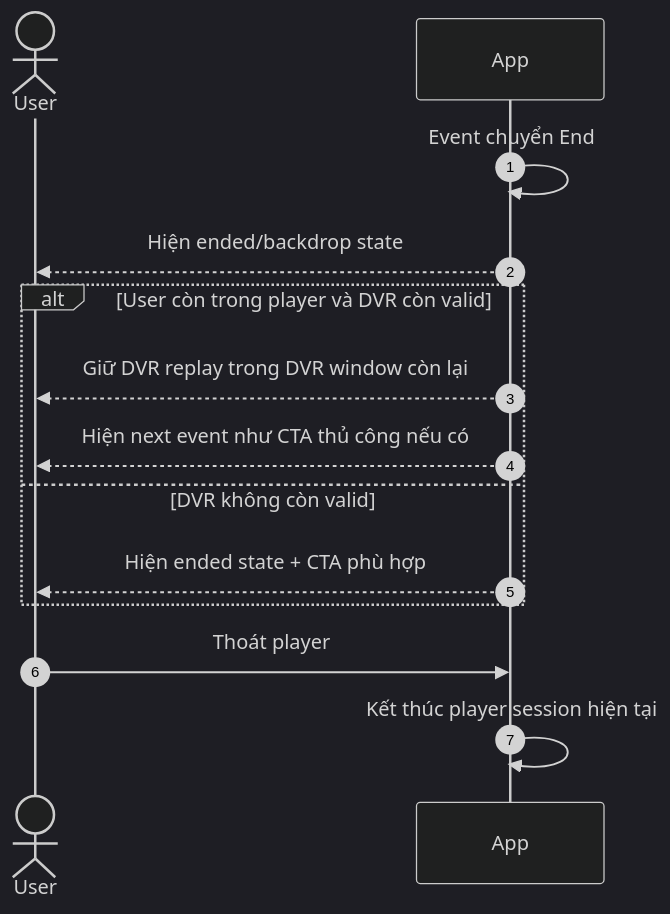
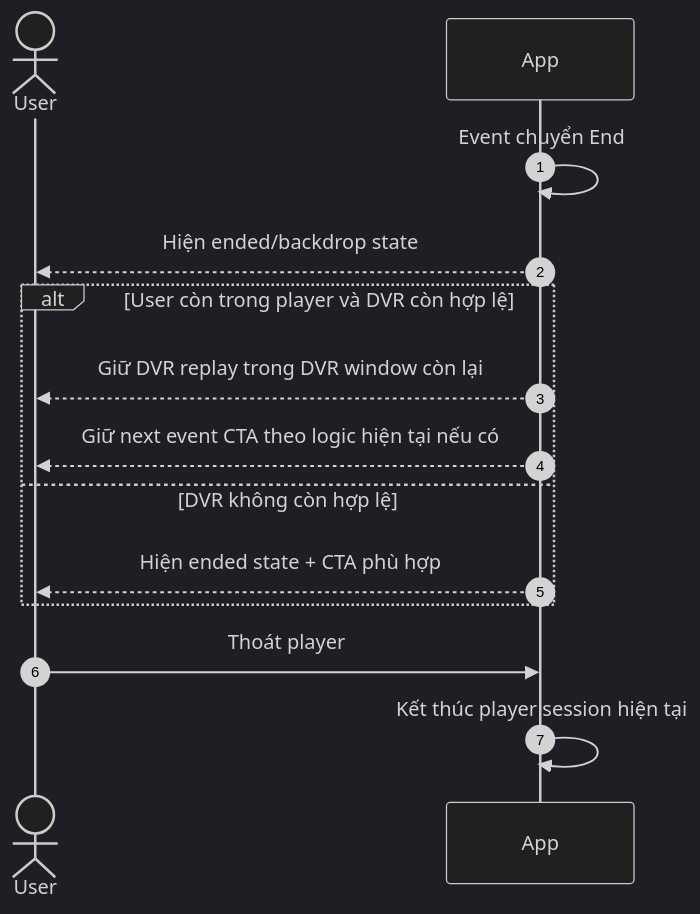
One commit to duongdang1136/FPTPLay changed the fourth of 5 diagrams in features/final-docs/Event/Timeshift-Seek/timeshift-seek-functional-requirements.md. Above: the diagram before and after it, drawn with Mermaid (dark theme). The commit also changed other lines of this file and 5 other files, not shown here.

````diff
--- a/features/final-docs/Event/Timeshift-Seek/timeshift-seek-functional-requirements.md
+++ b/features/final-docs/Event/Timeshift-Seek/timeshift-seek-functional-requirements.md
@@ -334,20 +335,20 @@
 ```mermaid
 sequenceDiagram
     autonumber
 
     actor User as User
     participant App
 
     App->>App: Event chuyển End
     App-->>User: Hiện ended/backdrop state
 
-    alt User còn trong player và DVR còn valid
+    alt User còn trong player và DVR còn hợp lệ
         App-->>User: Giữ DVR replay trong DVR window còn lại
-        App-->>User: Hiện next event như CTA thủ công nếu có
-    else DVR không còn valid
+        App-->>User: Giữ next event CTA theo logic hiện tại nếu có
+    else DVR không còn hợp lệ
         App-->>User: Hiện ended state + CTA phù hợp
     end
 
     User->>App: Thoát player
     App->>App: Kết thúc player session hiện tại
 ```
````
